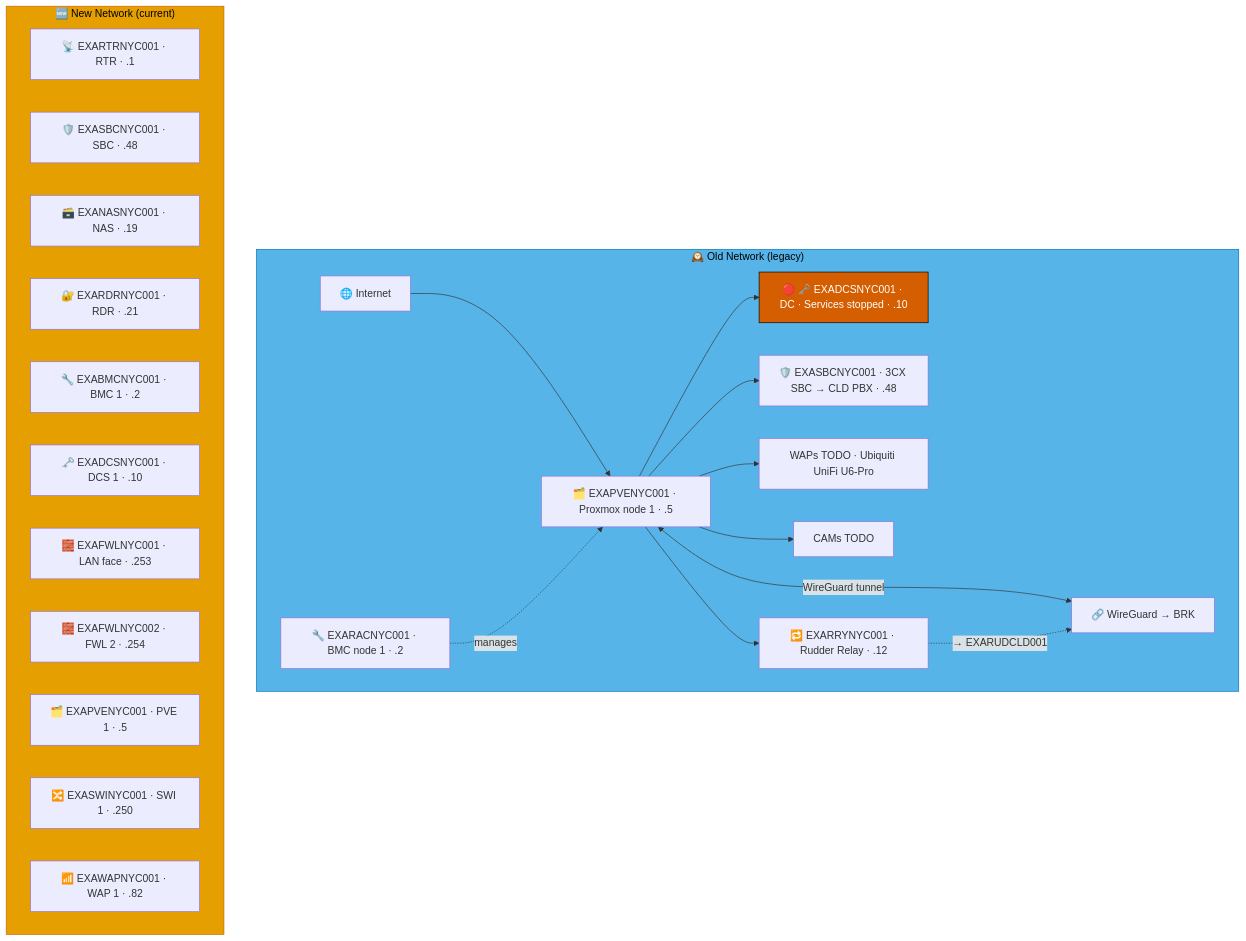
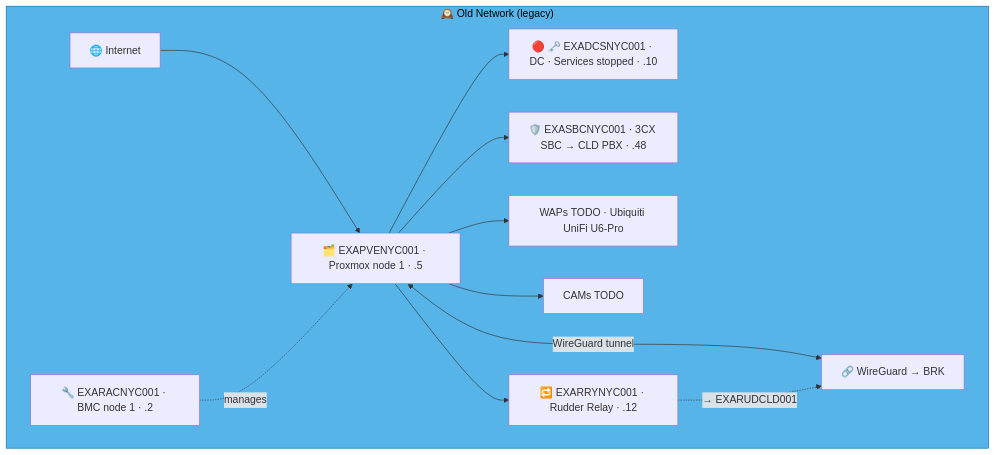
One commit to knightmare2600/example_music_infra changed the third of 16 diagrams in docs/network-diagram/united-states.md. Above: the diagram before and after it, drawn with Mermaid. The commit also changed other lines of this file and 35 other files, not shown here.

````diff
--- a/docs/network-diagram/united-states.md
+++ b/docs/network-diagram/united-states.md
@@ -95,41 +118,23 @@
 ```mermaid
 graph TD
     subgraph OLD_NYC ["🕰️ Old Network (legacy)"]
       INET["🌐 Internet"]
       RAC["🔧 EXARACNYC001 · BMC node 1 · .2"]
       PVE["🗂️ EXAPVENYC001 · Proxmox node 1 · .5"]
       DC["🔴 🗝️ EXADCSNYC001 · DC · Services stopped · .10"]
       SBC["🛡️ EXASBCNYC001 · 3CX SBC → CLD PBX · .48"]
       RRY["🔁 EXARRYNYC001 · Rudder Relay · .12"]
       WAP["WAPs TODO · Ubiquiti UniFi U6-Pro"]
       CAM["CAMs TODO"]
       VPN["🔗 WireGuard → BRK"]
 
       INET --> PVE --> DC & SBC
       RAC -.->|"manages"| PVE
       PVE --> WAP & CAM
       PVE <-->|"WireGuard tunnel"| VPN
 
       PVE --> RRY
       RRY -. "→ EXARUDCLD001" .-> VPN
     end
     style OLD_NYC fill:#56B4E9,stroke:#0072B2,color:#000000
-    %% GENERATED:NEW-NETWORK:NYC:START
-    subgraph NEW_NYC ["🆕 New Network (current)"]
-      N_RTR["📡 EXARTRNYC001 · RTR · .1"]
-      N_SBC["🛡️ EXASBCNYC001 · SBC · .48"]
-      N_NAS["🗃️ EXANASNYC001 · NAS · .19"]
-      N_RDR["🔐 EXARDRNYC001 · RDR · .21"]
-      N_BMC["🔧 EXABMCNYC001 · BMC 1 · .2"]
-      N_DCS["🗝️ EXADCSNYC001 · DCS 1 · .10"]
-      N_FWL["🧱 EXAFWLNYC001 · LAN face · .253"]
-      N_FWL2["🧱 EXAFWLNYC002 · FWL 2 · .254"]
-      N_PVE["🗂️ EXAPVENYC001 · PVE 1 · .5"]
-      N_SWI["🔀 EXASWINYC001 · SWI 1 · .250"]
-      N_WAP["📶 EXAWAPNYC001 · WAP 1 · .82"]
-    end
-    style NEW_NYC fill:#E69F00,stroke:#D55E00,color:#000000
-    %% GENERATED:NEW-NETWORK:NYC:END
-    classDef warn fill:#D55E00,stroke:#000000,color:#ffffff
-    class DC warn
 ```
````
